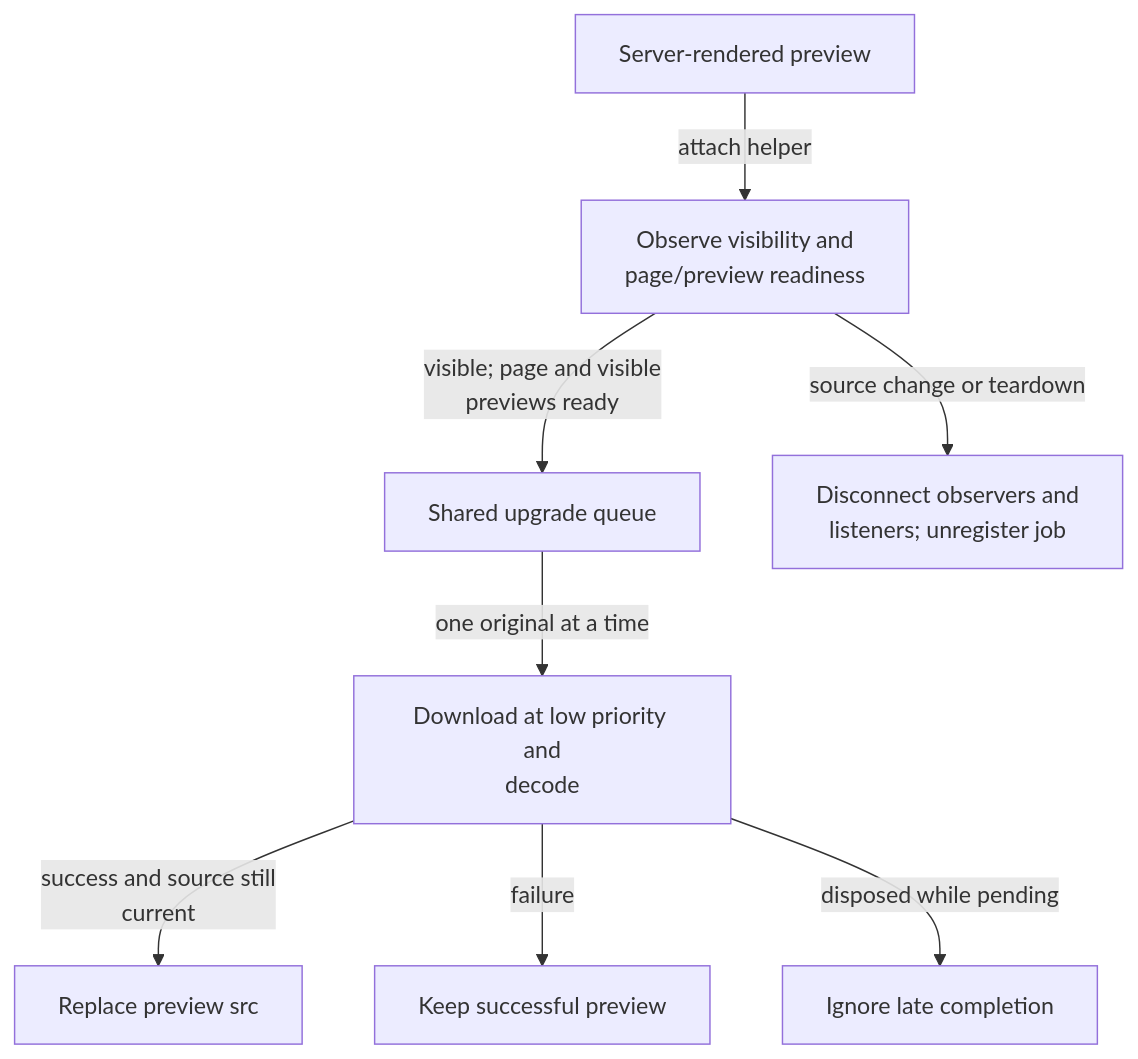
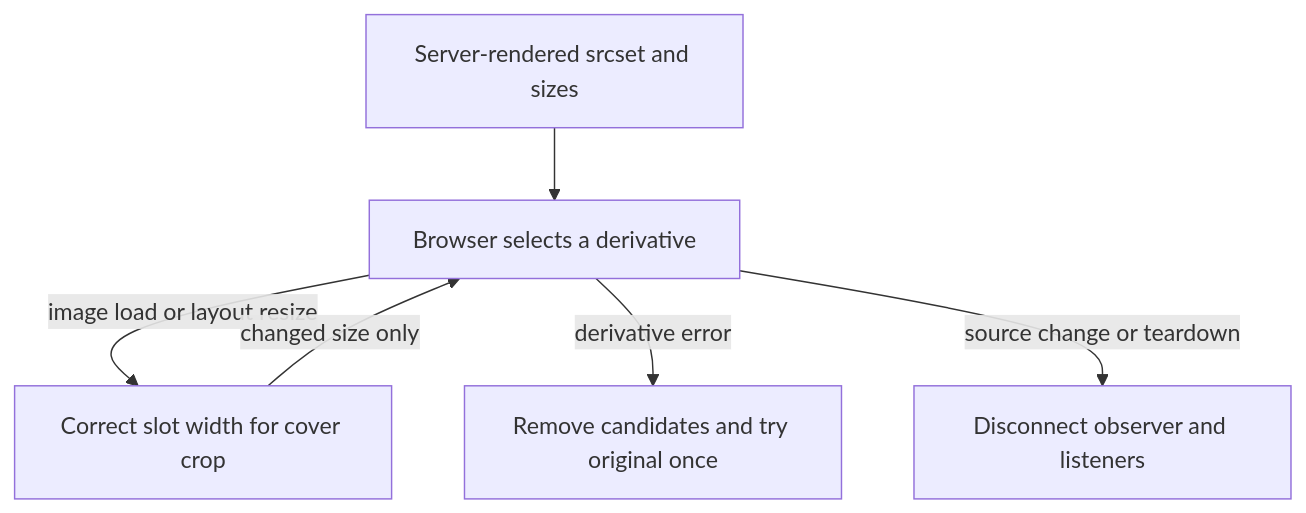
The second of 2 diagrams in src/lib/client/README.md (jonathan-lindqvist/enstorstarkreview), drawn with Mermaid before and after one commit. The commit also changed other lines of this file and 53 other files, not shown here.

````diff
--- a/src/lib/client/README.md
+++ b/src/lib/client/README.md
@@ -32,10 +32,8 @@
 ```mermaid
 flowchart TD
-    Preview["Server-rendered preview"] -->|"attach helper"| Observe["Observe visibility and<br/>page/preview readiness"]
-    Observe -->|"visible; page and visible<br/>previews ready"| Queue["Shared upgrade queue"]
-    Queue -->|"one original at a time"| Decode["Download at low priority and<br/>decode"]
-    Decode -->|"success and source still<br/>current"| Replace["Replace preview src"]
-    Decode -->|"failure"| Keep["Keep successful preview"]
-    Observe -->|"source change or teardown"| Dispose["Disconnect observers and<br/>listeners; unregister job"]
-    Decode -->|"disposed while pending"| Ignore["Ignore late completion"]
+    Sources["Server-rendered srcset and sizes"] --> Browser["Browser selects a derivative"]
+    Browser -->|"image load or layout resize"| Crop["Correct slot width for cover crop"]
+    Crop -->|"changed size only"| Browser
+    Browser -->|"derivative error"| Fallback["Remove candidates and try original once"]
+    Browser -->|"source change or teardown"| Dispose["Disconnect observer and listeners"]
 ```
````
